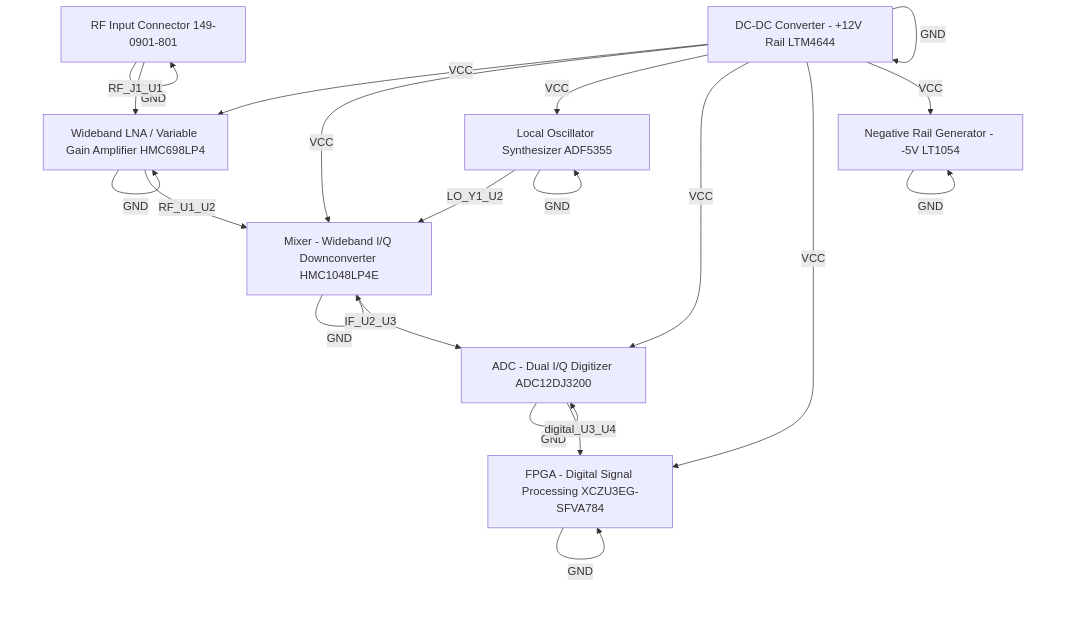
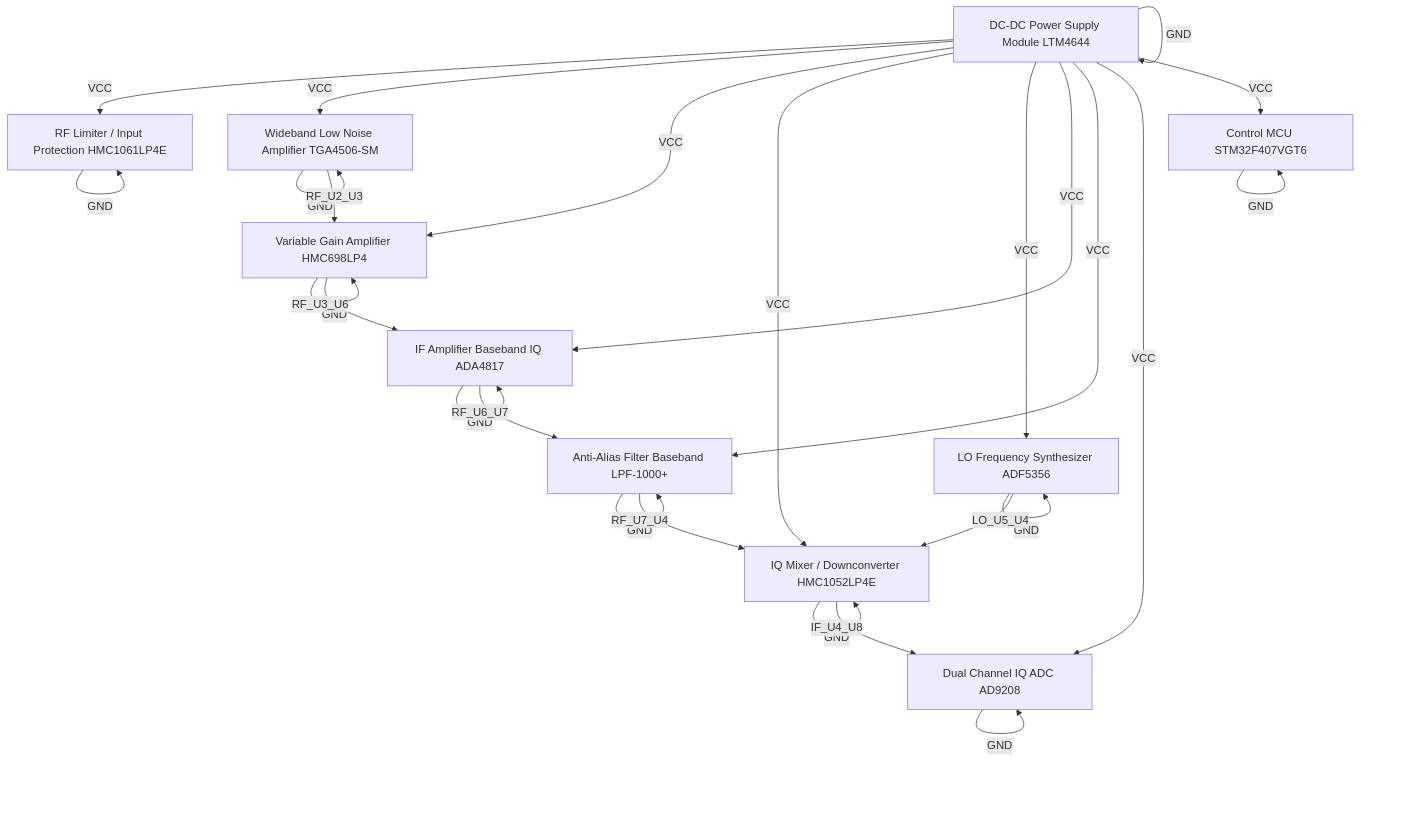
Before and after one commit to bala9066/AI_S2S_Code: the diagram in netlist_visual.md, drawn with Mermaid. The commit also changed other lines of this file and 31 other files, not shown here.

````diff
--- a/netlist_visual.md
+++ b/netlist_visual.md
@@ -6,30 +6,38 @@
 ```mermaid
 graph TB
-    U1[Wideband LNA / Variable Gain Amplifier HMC698LP4]
-    U2[Mixer - Wideband I/Q Downconverter HMC1048LP4E]
-    Y1[Local Oscillator Synthesizer ADF5355]
-    U3[ADC - Dual I/Q Digitizer ADC12DJ3200]
-    U4[FPGA - Digital Signal Processing XCZU3EG-SFVA784]
-    J1[RF Input Connector 149-0901-801]
-    U5[DC-DC Converter - +12V Rail LTM4644]
-    U6[Negative Rail Generator - -5V LT1054]
-    U5 -->|VCC| U1
-    U5 -->|VCC| U2
-    U5 -->|VCC| Y1
-    U5 -->|VCC| U3
-    U5 -->|VCC| U4
-    U5 -->|VCC| U6
+    U1[RF Limiter / Input Protection HMC1061LP4E]
+    U2[Wideband Low Noise Amplifier TGA4506-SM]
+    U3[Variable Gain Amplifier HMC698LP4]
+    U4[IQ Mixer / Downconverter HMC1052LP4E]
+    U5[LO Frequency Synthesizer ADF5356]
+    U6[IF Amplifier Baseband IQ ADA4817]
+    U7[Anti-Alias Filter Baseband LPF-1000+]
+    U8[Dual Channel IQ ADC AD9208]
+    U9[Control MCU STM32F407VGT6]
+    U10[DC-DC Power Supply Module LTM4644]
+    U10 -->|VCC| U1
+    U10 -->|VCC| U2
+    U10 -->|VCC| U3
+    U10 -->|VCC| U4
+    U10 -->|VCC| U5
+    U10 -->|VCC| U6
+    U10 -->|VCC| U7
+    U10 -->|VCC| U8
+    U10 -->|VCC| U9
     U1 -->|GND| U1
     U2 -->|GND| U2
-    Y1 -->|GND| Y1
     U3 -->|GND| U3
     U4 -->|GND| U4
-    J1 -->|GND| J1
     U5 -->|GND| U5
     U6 -->|GND| U6
-    J1 -->|RF_J1_U1| U1
-    U1 -->|RF_U1_U2| U2
-    U2 -->|IF_U2_U3| U3
-    U3 -->|digital_U3_U4| U4
-    Y1 -->|LO_Y1_U2| U2
+    U7 -->|GND| U7
+    U8 -->|GND| U8
+    U9 -->|GND| U9
+    U10 -->|GND| U10
+    U2 -->|RF_U2_U3| U3
+    U3 -->|RF_U3_U6| U6
+    U6 -->|RF_U6_U7| U7
+    U7 -->|RF_U7_U4| U4
+    U4 -->|IF_U4_U8| U8
+    U5 -->|LO_U5_U4| U4
 ```
````
